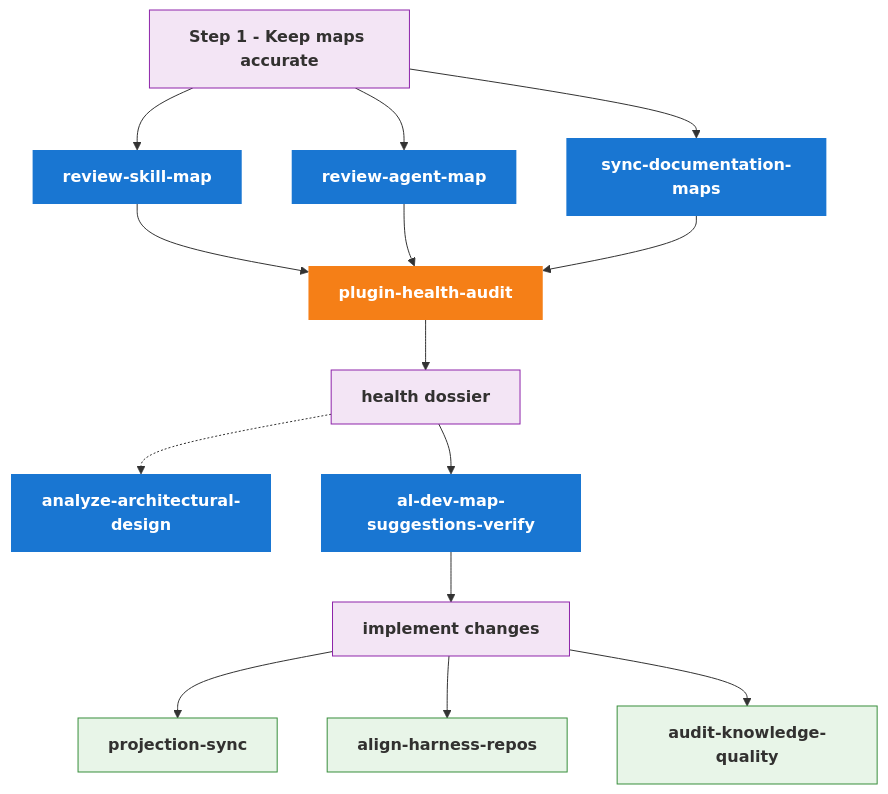
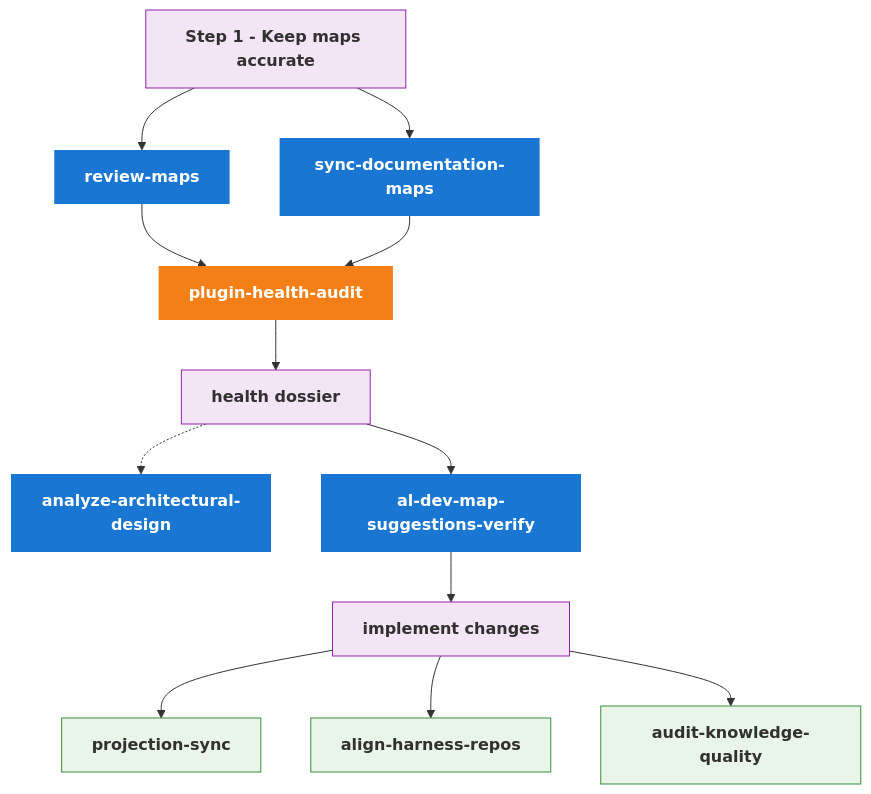
One commit to russell-laing/al-dev-shared changed the second of 2 diagrams in docs/maintainer-tooling.md. Above: the diagram before and after it, drawn with Mermaid. The commit also changed other lines of this file, not shown here.

First line of the commit message:
docs: simplify Step 1 to two map-accuracy choices in maintainer-tooling

````diff
--- a/docs/maintainer-tooling.md
+++ b/docs/maintainer-tooling.md
@@ -144,54 +145,50 @@
 ```mermaid
 flowchart TD
     classDef entry fill:#1976d2,stroke:none,color:#fff,font-weight:bold
     classDef shortcut fill:#f57f17,stroke:none,color:#fff,font-weight:bold
     classDef action fill:#f3e5f5,stroke:#8e24aa,color:#323130,font-weight:bold
     classDef post fill:#e8f5e8,stroke:#388e3c,color:#323130,font-weight:bold
 
     %% Step 1 - accuracy
     MAPS[Step 1 - Keep maps accurate]
-    RSM[review-skill-map]
-    RAM[review-agent-map]
+    RM[review-maps]
     SDM[sync-documentation-maps]
 
     %% Step 2 - find
     PHA[plugin-health-audit]
     DOSSIER[health dossier]
     AAD[analyze-architectural-design]
 
     %% Step 3 - act
     AMSV[al-dev-map-suggestions-verify]
     IMPL[implement changes]
 
     %% Step 4 - post
     PS[projection-sync]
     AHR[align-harness-repos]
     AKQ[audit-knowledge-quality]
 
-    MAPS --> RSM
-    MAPS --> RAM
+    MAPS --> RM
     MAPS --> SDM
-    RSM --> PHA
-    RAM --> PHA
+    RM --> PHA
     SDM --> PHA
     PHA --> DOSSIER
     DOSSIER -.-> AAD
     DOSSIER --> AMSV
     AMSV --> IMPL
     IMPL --> PS
     IMPL --> AHR
     IMPL --> AKQ
 
     class MAPS action
-    class RSM entry
-    class RAM entry
+    class RM entry
     class SDM entry
     class PHA shortcut
     class DOSSIER action
     class AAD entry
     class AMSV entry
     class IMPL action
     class PS post
     class AHR post
     class AKQ post
 ```
````
